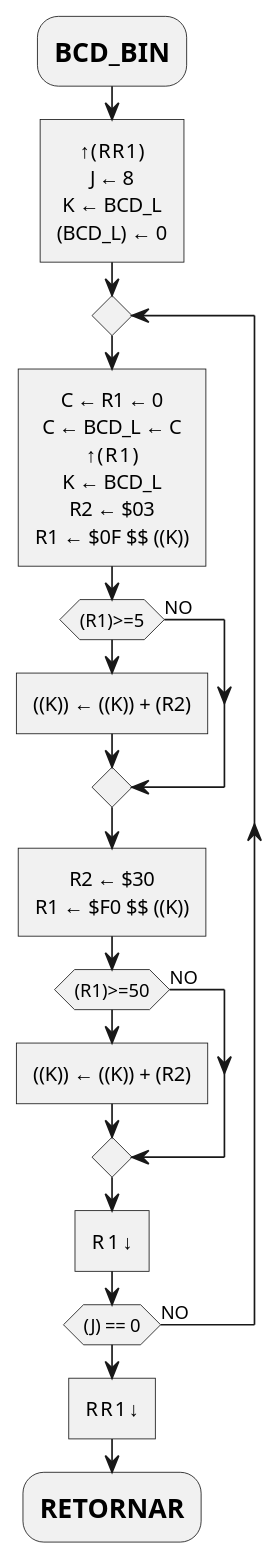
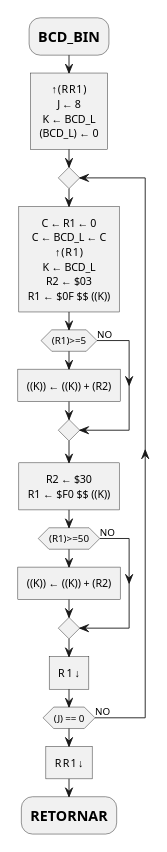
One commit to mlndz28/pr-623 changed diagram 13 of 23 in report.md. Above: the diagram before and after it, drawn with PlantUML. The commit also changed other lines of this file and 4 other files, not shown here.

Commit message:
docs: Parameters and diagrams

````diff
--- a/report.md
+++ b/report.md
@@ -392,22 +497,24 @@
 ```plantuml
 @startuml
+scale max 500 height
 skinparam monochrome true
 skinparam defaultTextAlignment center
 :=BCD_BIN;
 :↑(RR1)\nJ ← 8\nK ← BCD_L\n(BCD_L) ← 0]
 repeat
   :C ← R1 ← 0\nC ← BCD_L ← C\n↑(R1)\nK ← BCD_L\nR2 ← $03\nR1 ← $0F $$ ((K))]
   if((R1)>=5) then
     :((K)) ← ((K)) + (R2)]
   else (NO)
   endif
   :R2 ← $30\nR1 ← $F0 $$ ((K))]
   if((R1)>=50) then
     :((K)) ← ((K)) + (R2)]
   else (NO)
   endif
 :R1↓]
 repeat while((J) == 0) is (NO)
 :RR1↓]
 :=RETORNAR;
+@enduml
 ```
````
